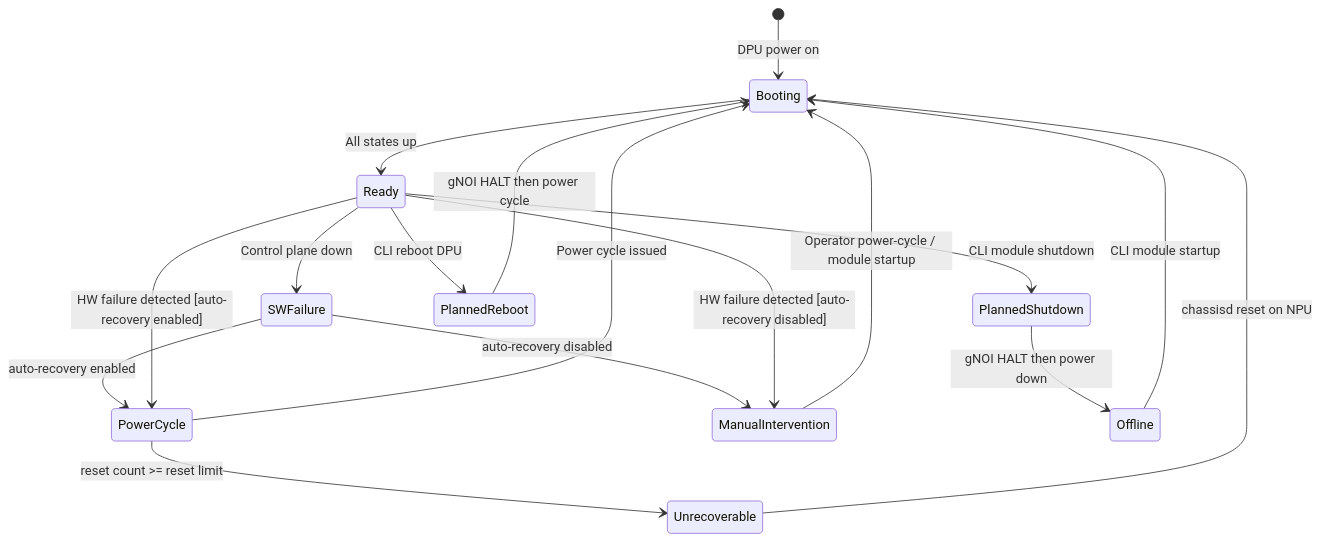
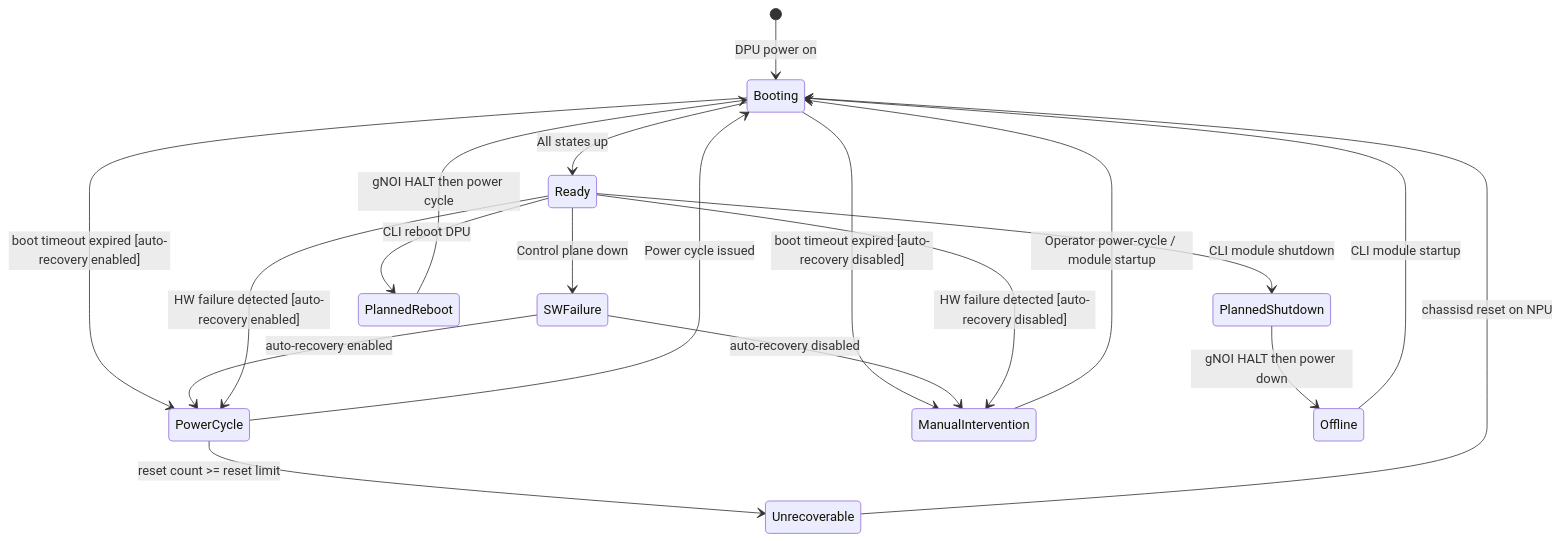
One commit to sonic-net/SONiC changed the diagram in doc/smart-switch/pmon/enhance-dpu-robustness.md. Above: the diagram before and after it, drawn with Mermaid. The commit also changed other lines of this file, not shown here.

````diff
--- a/doc/smart-switch/pmon/enhance-dpu-robustness.md
+++ b/doc/smart-switch/pmon/enhance-dpu-robustness.md
@@ -237,28 +238,30 @@
 ```mermaid
 stateDiagram-v2
     [*] --> Booting : DPU power on
 
     Booting --> Ready : All states up
+    Booting --> PowerCycle : boot timeout expired [auto-recovery enabled]
+    Booting --> ManualIntervention : boot timeout expired [auto-recovery disabled]
 
     Ready --> SWFailure : Control plane down
     SWFailure --> PowerCycle : auto-recovery enabled
     SWFailure --> ManualIntervention : auto-recovery disabled
 
     Ready --> PowerCycle : HW failure detected [auto-recovery enabled]
     Ready --> ManualIntervention : HW failure detected [auto-recovery disabled]
 
     PowerCycle --> Booting : Power cycle issued
     PowerCycle --> Unrecoverable : reset count >= reset limit
 
     ManualIntervention --> Booting : Operator power-cycle / module startup
 
     Ready --> PlannedShutdown : CLI module shutdown
     Ready --> PlannedReboot : CLI reboot DPU
 
     PlannedShutdown --> Offline : gNOI HALT then power down
     PlannedReboot --> Booting : gNOI HALT then power cycle
 
     Offline --> Booting : CLI module startup
 
     Unrecoverable --> Booting : chassisd reset on NPU
 ```
````
